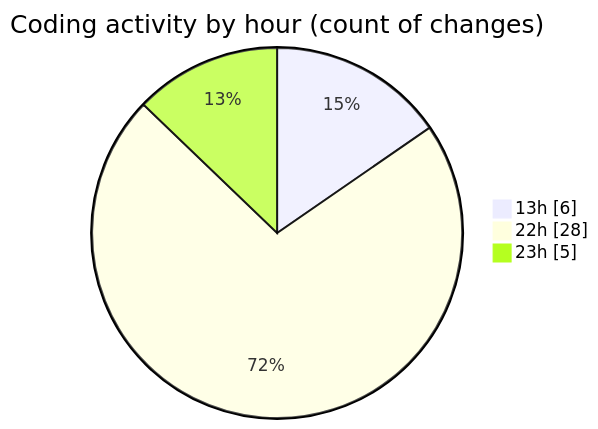
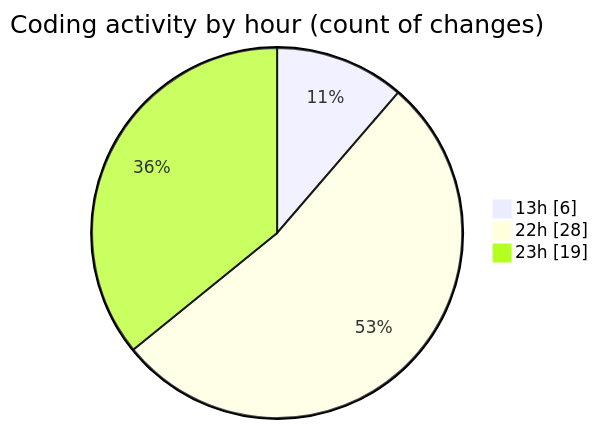
Before and after one commit to lephambinh05/code-tracking: the second of 2 diagrams in 2025-09-02/quytuthien_vn/README.md, drawn with Mermaid. The commit also changed other lines of this file and 1 other file, not shown here.

````diff
--- a/2025-09-02/quytuthien_vn/README.md
+++ b/2025-09-02/quytuthien_vn/README.md
@@ -41,7 +41,7 @@
 ```mermaid
 pie showData
 title Coding activity by hour (count of changes)
 "13h" : 6
 "22h" : 28
-"23h" : 5
+"23h" : 19
 ```
````
